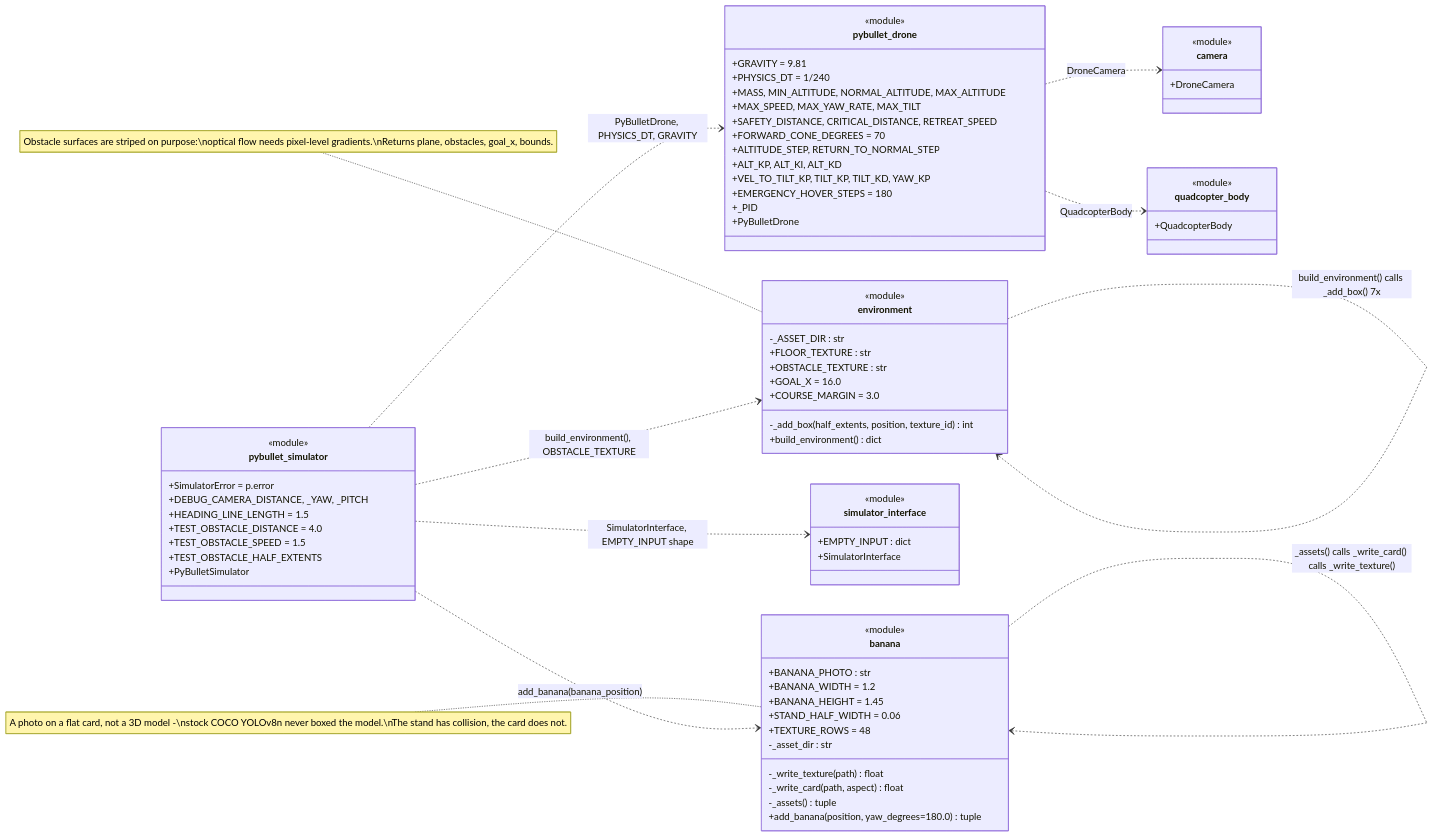
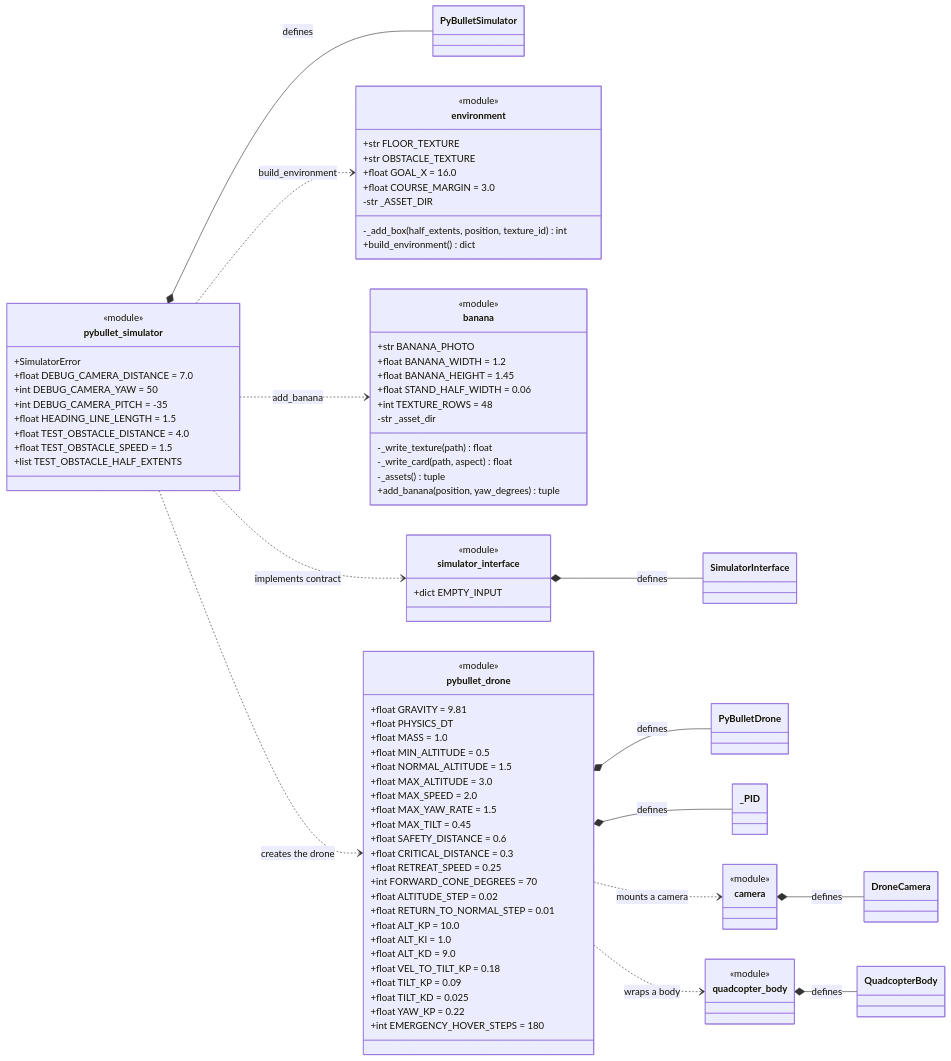
One commit to Parth-Joshi0/Fly-Brain-Drone changed the second of 8 diagrams in Simulator/UML.md. Above: the diagram before and after it, drawn with Mermaid. The commit also changed other lines of this file, not shown here.

Commit message:
UML changes

````diff
--- a/Simulator/UML.md
+++ b/Simulator/UML.md
@@ -148,82 +185,92 @@
 
     class environment {
         <<module>>
-        -_ASSET_DIR : str
-        +FLOOR_TEXTURE : str
-        +OBSTACLE_TEXTURE : str
-        +GOAL_X = 16.0
-        +COURSE_MARGIN = 3.0
+        +str FLOOR_TEXTURE
+        +str OBSTACLE_TEXTURE
+        +float GOAL_X = 16.0
+        +float COURSE_MARGIN = 3.0
+        -str _ASSET_DIR
         -_add_box(half_extents, position, texture_id) int
         +build_environment() dict
     }
 
     class banana {
         <<module>>
-        +BANANA_PHOTO : str
-        +BANANA_WIDTH = 1.2
-        +BANANA_HEIGHT = 1.45
-        +STAND_HALF_WIDTH = 0.06
-        +TEXTURE_ROWS = 48
-        -_asset_dir : str
+        +str BANANA_PHOTO
+        +float BANANA_WIDTH = 1.2
+        +float BANANA_HEIGHT = 1.45
+        +float STAND_HALF_WIDTH = 0.06
+        +int TEXTURE_ROWS = 48
+        -str _asset_dir
         -_write_texture(path) float
         -_write_card(path, aspect) float
         -_assets() tuple
-        +add_banana(position, yaw_degrees=180.0) tuple
+        +add_banana(position, yaw_degrees) tuple
     }
 
     class simulator_interface {
         <<module>>
-        +EMPTY_INPUT : dict
-        +SimulatorInterface
+        +dict EMPTY_INPUT
     }
 
     class pybullet_simulator {
         <<module>>
-        +SimulatorError = p.error
-        +DEBUG_CAMERA_DISTANCE, _YAW, _PITCH
-        +HEADING_LINE_LENGTH = 1.5
-        +TEST_OBSTACLE_DISTANCE = 4.0
-        +TEST_OBSTACLE_SPEED = 1.5
-        +TEST_OBSTACLE_HALF_EXTENTS
-        +PyBulletSimulator
+        +SimulatorError
+        +float DEBUG_CAMERA_DISTANCE = 7.0
+        +int DEBUG_CAMERA_YAW = 50
+        +int DEBUG_CAMERA_PITCH = -35
+        +float HEADING_LINE_LENGTH = 1.5
+        +float TEST_OBSTACLE_DISTANCE = 4.0
+        +float TEST_OBSTACLE_SPEED = 1.5
+        +list TEST_OBSTACLE_HALF_EXTENTS
     }
 
     class pybullet_drone {
         <<module>>
-        +GRAVITY = 9.81
-        +PHYSICS_DT = 1/240
-        +MASS, MIN_ALTITUDE, NORMAL_ALTITUDE, MAX_ALTITUDE
-        +MAX_SPEED, MAX_YAW_RATE, MAX_TILT
-        +SAFETY_DISTANCE, CRITICAL_DISTANCE, RETREAT_SPEED
-        +FORWARD_CONE_DEGREES = 70
-        +ALTITUDE_STEP, RETURN_TO_NORMAL_STEP
-        +ALT_KP, ALT_KI, ALT_KD
-        +VEL_TO_TILT_KP, TILT_KP, TILT_KD, YAW_KP
-        +EMERGENCY_HOVER_STEPS = 180
-        +_PID
-        +PyBulletDrone
+        +float GRAVITY = 9.81
+        +float PHYSICS_DT
+        +float MASS = 1.0
+        +float MIN_ALTITUDE = 0.5
+        +float NORMAL_ALTITUDE = 1.5
+        +float MAX_ALTITUDE = 3.0
+        +float MAX_SPEED = 2.0
+        +float MAX_YAW_RATE = 1.5
+        +float MAX_TILT = 0.45
+        +float SAFETY_DISTANCE = 0.6
+        +float CRITICAL_DISTANCE = 0.3
+        +float RETREAT_SPEED = 0.25
+        +int FORWARD_CONE_DEGREES = 70
+        +float ALTITUDE_STEP = 0.02
+        +float RETURN_TO_NORMAL_STEP = 0.01
+        +float ALT_KP = 10.0
+        +float ALT_KI = 1.0
+        +float ALT_KD = 9.0
+        +float VEL_TO_TILT_KP = 0.18
+        +float TILT_KP = 0.09
+        +float TILT_KD = 0.025
+        +float YAW_KP = 0.22
+        +int EMERGENCY_HOVER_STEPS = 180
     }
 
     class camera {
         <<module>>
-        +DroneCamera
     }
 
     class quadcopter_body {
         <<module>>
-        +QuadcopterBody
     }
 
-    environment ..> environment : build_environment() calls _add_box() 7x
-    banana ..> banana : _assets() calls _write_card() calls _write_texture()
+    simulator_interface *-- SimulatorInterface : defines
+    pybullet_simulator *-- PyBulletSimulator : defines
+    pybullet_drone *-- PyBulletDrone : defines
+    pybullet_drone *-- _PID : defines
+    camera *-- DroneCamera : defines
+    quadcopter_body *-- QuadcopterBody : defines
 
-    pybullet_simulator ..> environment : build_environment(), OBSTACLE_TEXTURE
-    pybullet_simulator ..> banana : add_banana(banana_position)
-    pybullet_simulator ..> simulator_interface : SimulatorInterface, EMPTY_INPUT shape
-    pybullet_simulator ..> pybullet_drone : PyBulletDrone, PHYSICS_DT, GRAVITY
-    pybullet_drone ..> camera : DroneCamera
-    pybullet_drone ..> quadcopter_body : QuadcopterBody
-
-    note for environment "Obstacle surfaces are striped on purpose:\noptical flow needs pixel-level gradients.\nReturns plane, obstacles, goal_x, bounds."
-    note for banana "A photo on a flat card, not a 3D model -\nstock COCO YOLOv8n never boxed the model.\nThe stand has collision, the card does not."
+    pybullet_simulator ..> environment : build_environment
+    pybullet_simulator ..> banana : add_banana
+    pybullet_simulator ..> simulator_interface : implements contract
+    pybullet_simulator ..> pybullet_drone : creates the drone
+    pybullet_drone ..> camera : mounts a camera
+    pybullet_drone ..> quadcopter_body : wraps a body
 ```
````
